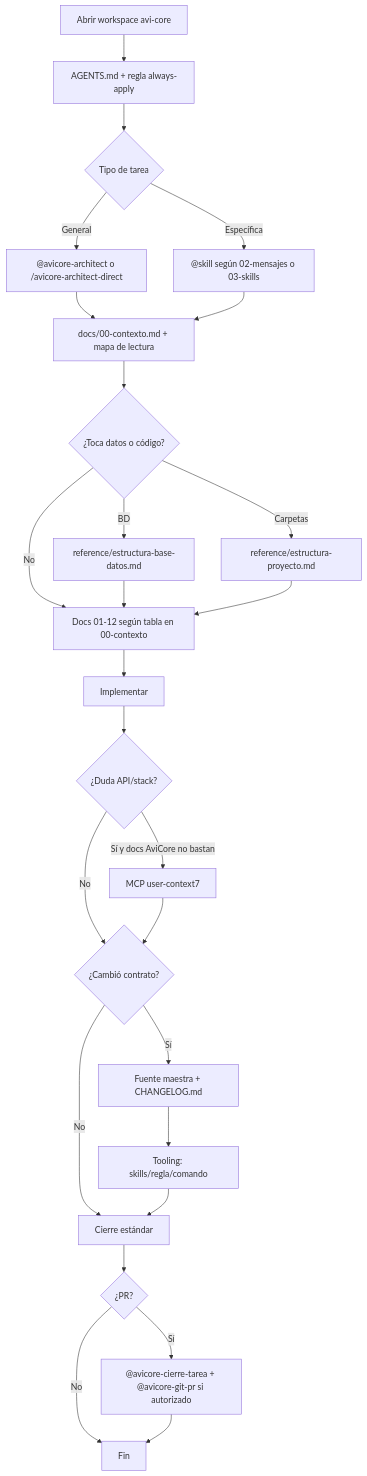
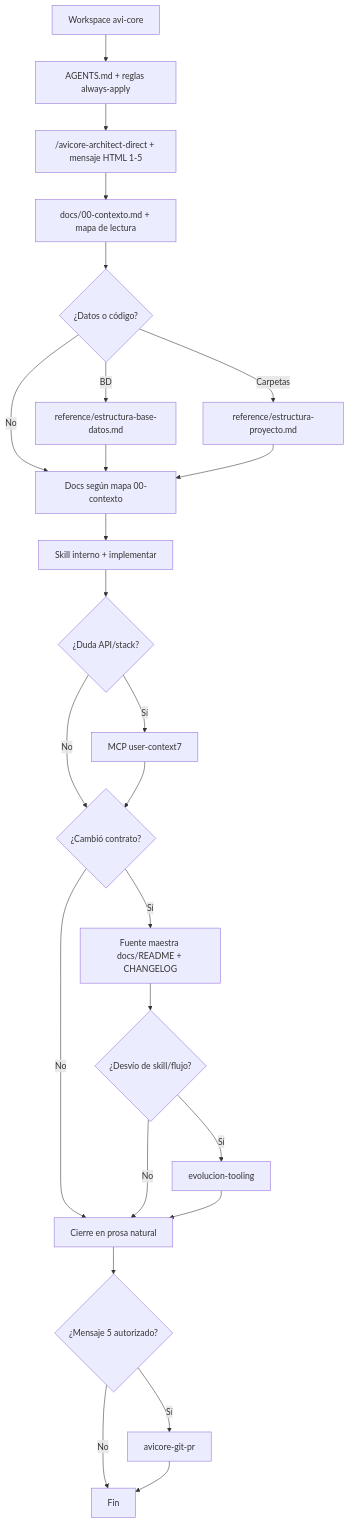
Before and after one commit to MarioB235/avi-core: the diagram in docs/cursor/00-configuracion-cursor.md, drawn with Mermaid. The commit also changed other lines of this file and 19 other files, not shown here.

````diff
--- a/docs/cursor/00-configuracion-cursor.md
+++ b/docs/cursor/00-configuracion-cursor.md
@@ -7,28 +7,27 @@
 ```mermaid
 flowchart TD
-    A[Abrir workspace avi-core] --> B[AGENTS.md + regla always-apply]
-    B --> C{Tipo de tarea}
-    C -->|General| D["@avicore-architect o /avicore-architect-direct"]
-    C -->|Específica| E["@skill según 02-mensajes o 03-skills"]
-    D --> F[docs/00-contexto.md + mapa de lectura]
-    E --> F
-    F --> G{¿Toca datos o código?}
-    G -->|BD| H[reference/estructura-base-datos.md]
-    G -->|Carpetas| I[reference/estructura-proyecto.md]
-    G -->|No| J[Docs 01-12 según tabla en 00-contexto]
-    H --> J
-    I --> J
-    J --> K[Implementar]
-    K --> K2{¿Duda API/stack?}
-    K2 -->|Sí y docs AviCore no bastan| K3[MCP user-context7]
-    K2 -->|No| L
-    K3 --> L{¿Cambió contrato?}
-    L -->|Sí| M[Fuente maestra + CHANGELOG.md]
-    L -->|No| N[Cierre estándar]
-    M --> T[Tooling: skills/regla/comando]
-    T --> N
-    N --> O{¿PR?}
-    O -->|Sí| P["@avicore-cierre-tarea + @avicore-git-pr si autorizado"]
-    O -->|No| Q[Fin]
-    P --> Q
+    A[Workspace avi-core] --> B[AGENTS.md + reglas always-apply]
+    B --> C["/avicore-architect-direct + mensaje HTML 1-5"]
+    C --> D[docs/00-contexto.md + mapa de lectura]
+    D --> E{¿Datos o código?}
+    E -->|BD| F[reference/estructura-base-datos.md]
+    E -->|Carpetas| G[reference/estructura-proyecto.md]
+    E -->|No| H[Docs según mapa 00-contexto]
+    F --> H
+    G --> H
+    H --> I[Skill interno + implementar]
+    I --> J{¿Duda API/stack?}
+    J -->|Sí| K[MCP user-context7]
+    J -->|No| L{¿Cambió contrato?}
+    K --> L
+    L -->|Sí| M[Fuente maestra docs/README + CHANGELOG]
+    L -->|No| N[Cierre en prosa natural]
+    M --> O{¿Desvío de skill/flujo?}
+    O -->|Sí| P[evolucion-tooling]
+    O -->|No| N
+    P --> N
+    N --> Q{¿Mensaje 5 autorizado?}
+    Q -->|Sí| R[avicore-git-pr]
+    Q -->|No| S[Fin]
+    R --> S
 ```
````
